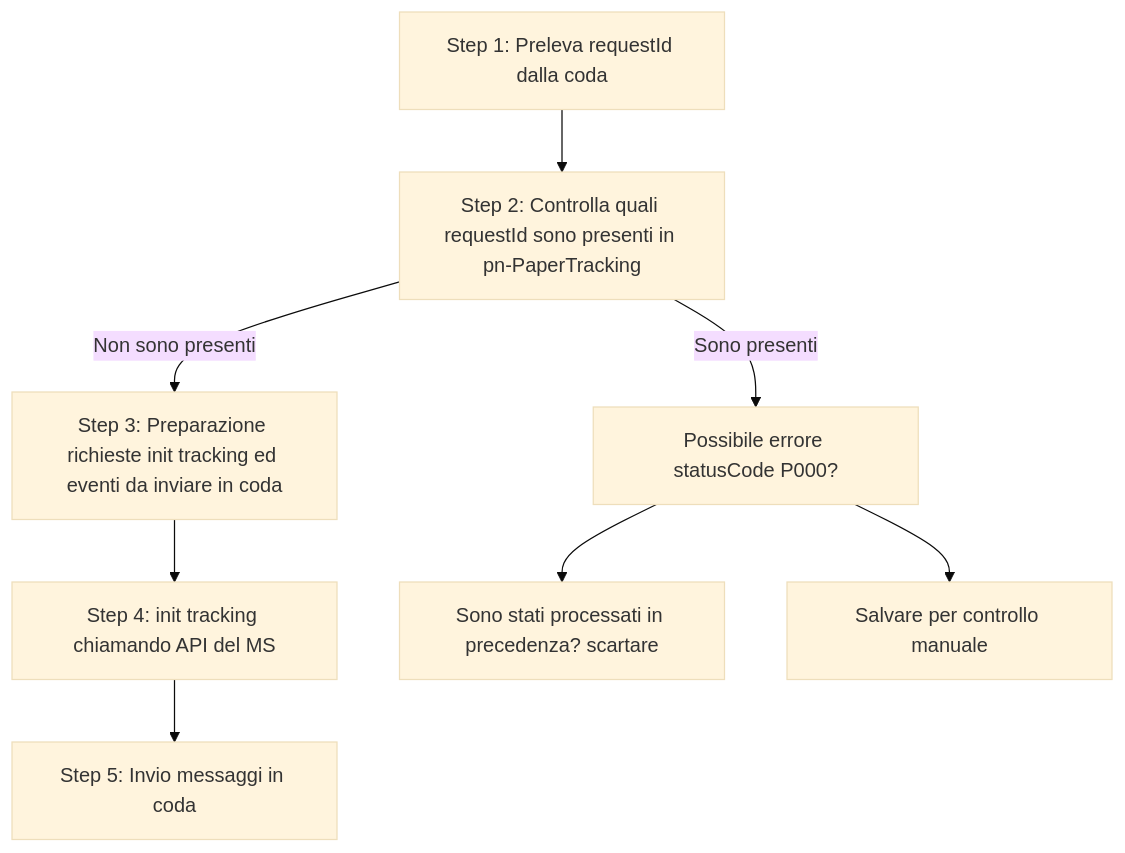
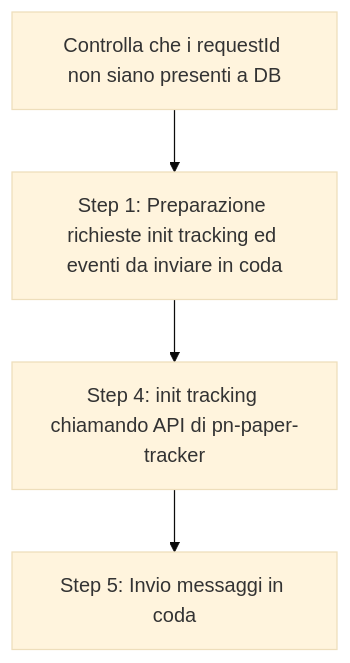
One commit to pagopa/pn-troubleshooting changed the diagram in tracker_cleanup_notifications/README.md. Above: the diagram before and after it, drawn with Mermaid (base theme). The commit also changed other lines of this file and 7 other files, not shown here.

````diff
--- a/tracker_cleanup_notifications/README.md
+++ b/tracker_cleanup_notifications/README.md
@@ -3,12 +3,6 @@
 ```mermaid
 flowchart TB
-    A[Step 1: Preleva requestId dalla coda] --> B[Step 2: Controlla quali requestId sono presenti in pn-PaperTracking]
-
-    B -- Non sono presenti --> C[Step 3: Preparazione richieste init tracking ed eventi da inviare in coda]
-    C --> D[Step 4: init tracking chiamando API del MS]
-    D --> E[Step 5: Invio messaggi in coda]
-
-    B -- Sono presenti --> F[Possibile errore statusCode P000?]
-    F --> G[Sono stati processati in precedenza? scartare]
-    F --> H[Salvare per controllo manuale]
+    A[Controlla che i requestId non siano presenti a DB] --> B[Step 1: Preparazione richieste init tracking ed eventi da inviare in coda]
+    B --> C[Step 4: init tracking chiamando API di pn-paper-tracker]
+    C --> D[Step 5: Invio messaggi in coda]
 ```
````
